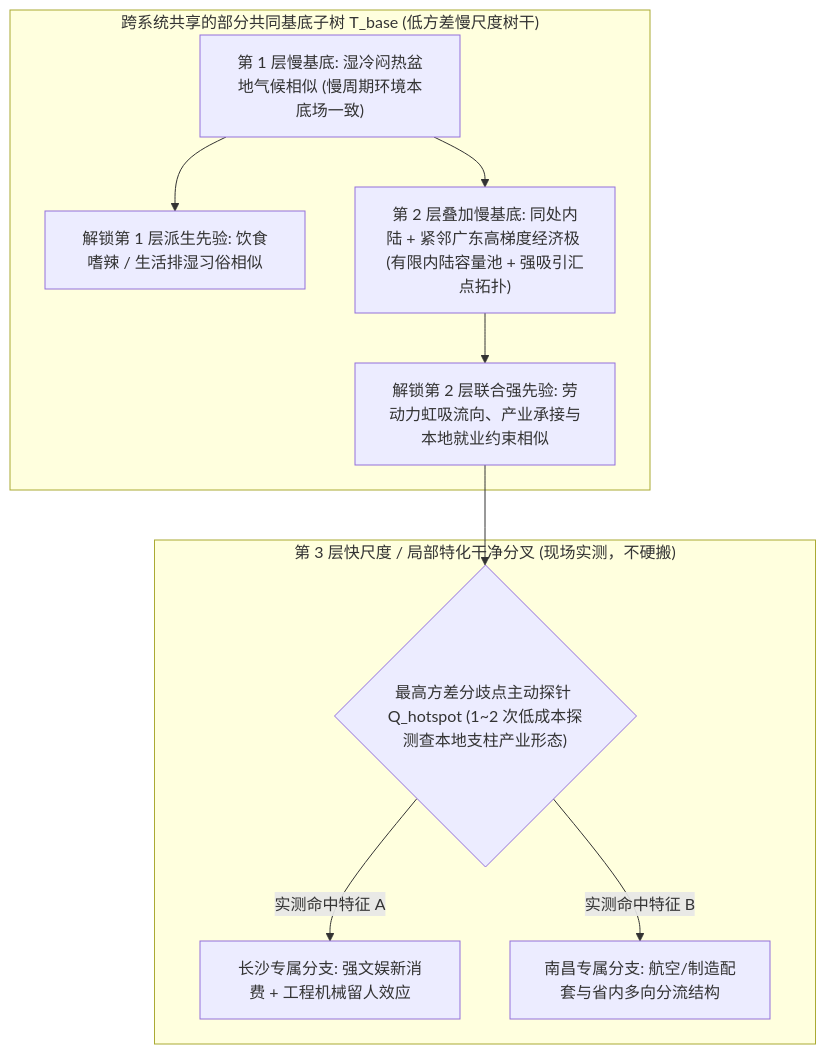
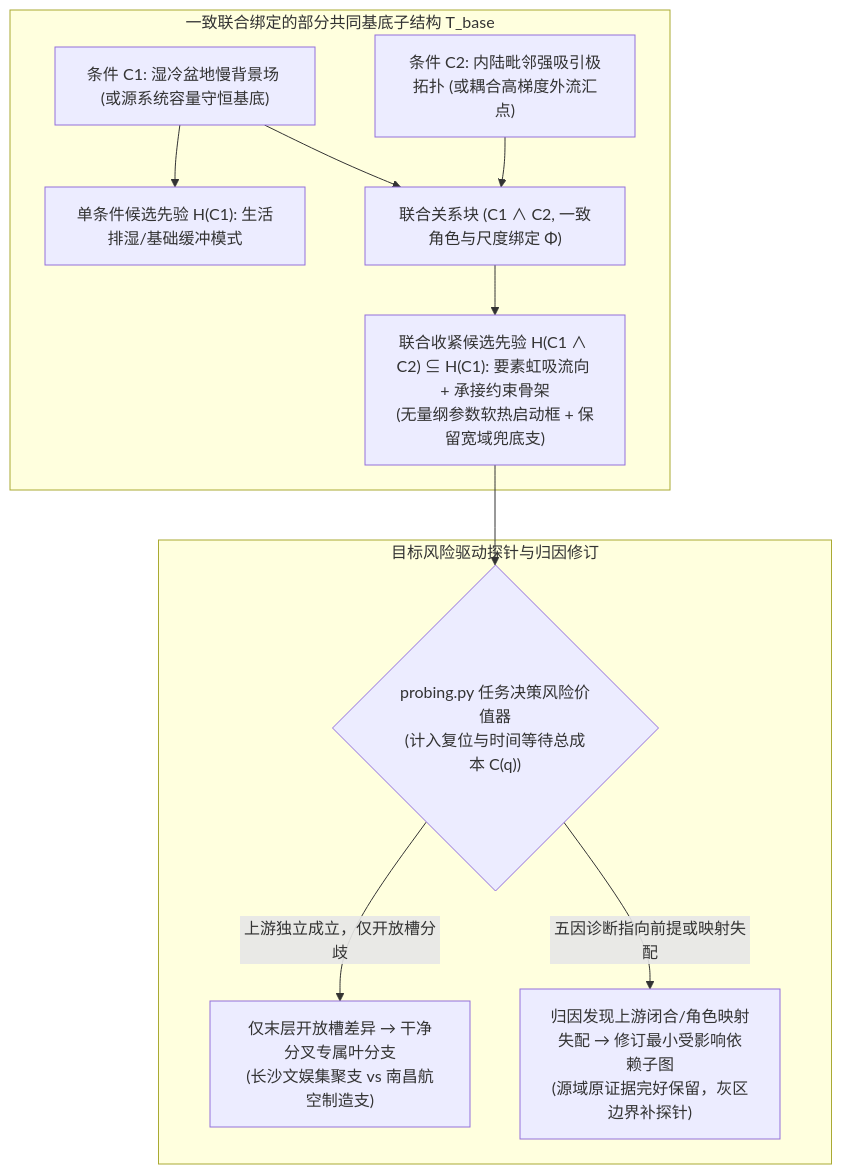
Before and after one commit to erzhu419/Assumption-Agent: the second of 2 diagrams in Hegel Machine/markdown/hegel_v16_5_multi_precision_plan/20_Hegel_M5_Final_Master_Plan_Temporal_MultiScale_and_Shared_Base_Subtree.md, drawn with Mermaid. The commit also changed other lines of this file and 26 other files, not shown here.

````diff
--- a/Hegel Machine/markdown/hegel_v16_5_multi_precision_plan/20_Hegel_M5_Final_Master_Plan_Temporal_MultiScale_and_Shared_Base_Subtree.md
+++ b/Hegel Machine/markdown/hegel_v16_5_multi_precision_plan/20_Hegel_M5_Final_Master_Plan_Temporal_MultiScale_and_Shared_Base_Subtree.md
@@ -80,21 +74,23 @@
 ```mermaid
 flowchart TB
-    subgraph Trunk["跨系统共享的部分共同基底子树 T_base (低方差慢尺度树干)"]
-        L1["第 1 层慢基底: 湿冷闷热盆地气候相似 (慢周期环境本底场一致)"]
-        P1["解锁第 1 层派生先验: 饮食嗜辣 / 生活排湿习俗相似"]
-        L2["第 2 层叠加慢基底: 同处内陆 + 紧邻广东高梯度经济极 (有限内陆容量池 + 强吸引汇点拓扑)"]
-        P2["解锁第 2 层联合强先验: 劳动力虹吸流向、产业承接与本地就业约束相似"]
-        L1 --> P1
-        L1 --> L2
-        L2 --> P2
+    subgraph Shared["一致联合绑定的部分共同基底子结构 T_base"]
+        C1["条件 C1: 湿冷盆地慢背景场 (或源系统容量守恒基底)"]
+        C2["条件 C2: 内陆毗邻强吸引极拓扑 (或耦合高梯度外流汇点)"]
+        Joint["联合关系块 (C1 ∧ C2, 一致角色与尺度绑定 Φ)"]
+        Prior1["单条件候选先验 H(C1): 生活排湿/基础缓冲模式"]
+        Prior2["联合收紧候选先验 H(C1 ∧ C2) ⊆ H(C1): 要素虹吸流向 + 承接约束骨架\n(无量纲参数软热启动框 + 保留宽域兜底支)"]
+        C1 --> Prior1
+        C1 --> Joint
+        C2 --> Joint
+        Joint --> Prior2
     end
 
-    subgraph Fork["第 3 层快尺度 / 局部特化干净分叉 (现场实测，不硬搬)"]
-        Hotspot{"最高方差分歧点主动探针 Q_hotspot (1~2 次低成本探测查本地支柱产业形态)"}
-        Leaf_CS["长沙专属分支: 强文娱新消费 + 工程机械留人效应"]
-        Leaf_NC["南昌专属分支: 航空/制造配套与省内多向分流结构"]
-        P2 --> Hotspot
-        Hotspot -->|"实测命中特征 A"| Leaf_CS
-        Hotspot -->|"实测命中特征 B"| Leaf_NC
+    subgraph TargetProbe["目标风险驱动探针与归因修订"]
+        VOI{"probing.py 任务决策风险价值器\n(计入复位与时间等待总成本 C(q))"}
+        SplitLeaf["仅末层开放槽差异 → 干净分叉专属叶分支\n(长沙文娱集聚支 vs 南昌航空制造支)"]
+        ReviseUp["归因发现上游闭合/角色映射失配 → 修订最小受影响依赖子图\n(源域原证据完好保留，灰区边界补探针)"]
+        Prior2 --> VOI
+        VOI -->|"上游独立成立，仅开放槽分歧"| SplitLeaf
+        VOI -->|"五因诊断指向前提或映射失配"| ReviseUp
     end
 ```
````
